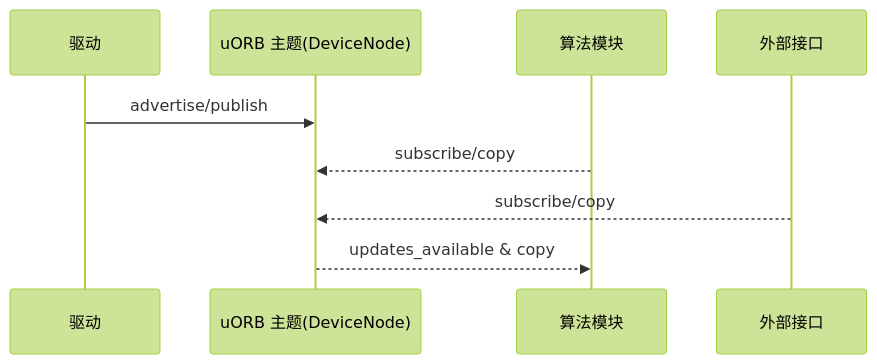
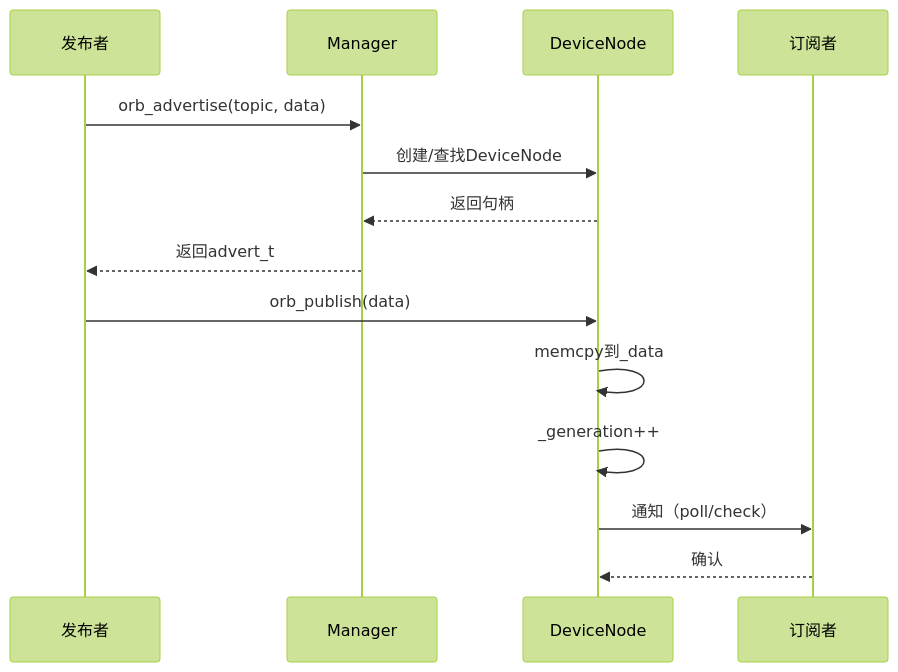
The second of 2 diagrams in .trae/documents/system/uorb.md (billsoft/PX4-Autopilot), drawn with Mermaid (forest theme) before and after one commit. The commit also changed other lines of this file and 7 other files, not shown here.

````diff
--- a/.trae/documents/system/uorb.md
+++ b/.trae/documents/system/uorb.md
@@ -5,11 +409,18 @@
 ```mermaid
 sequenceDiagram
-  participant Driver as 驱动
-  participant Topic as uORB 主题(DeviceNode)
-  participant Algo as 算法模块
-  participant Interface as 外部接口
-  Driver->>Topic: advertise/publish
-  Algo-->>Topic: subscribe/copy
-  Interface-->>Topic: subscribe/copy
-  Topic-->>Algo: updates_available & copy
+    participant Pub as 发布者
+    participant Mgr as Manager
+    participant Node as DeviceNode
+    participant Sub as 订阅者
+
+    Pub->>Mgr: orb_advertise(topic, data)
+    Mgr->>Node: 创建/查找DeviceNode
+    Node-->>Mgr: 返回句柄
+    Mgr-->>Pub: 返回advert_t
+
+    Pub->>Node: orb_publish(data)
+    Node->>Node: memcpy到_data
+    Node->>Node: _generation++
+    Node->>Sub: 通知（poll/check）
+    Sub-->>Node: 确认
 ```
````
